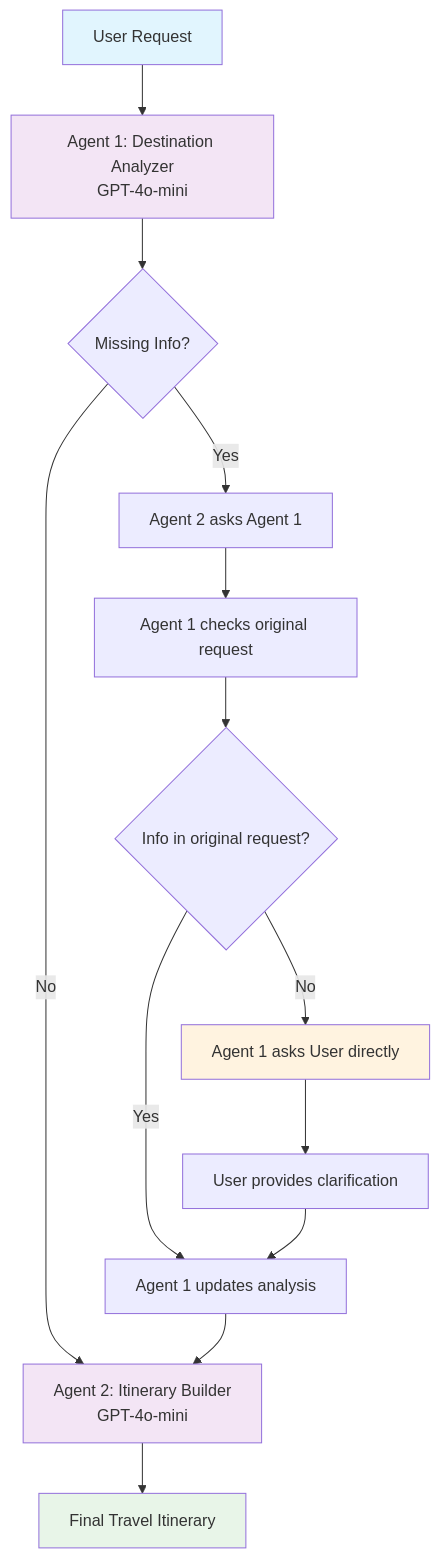
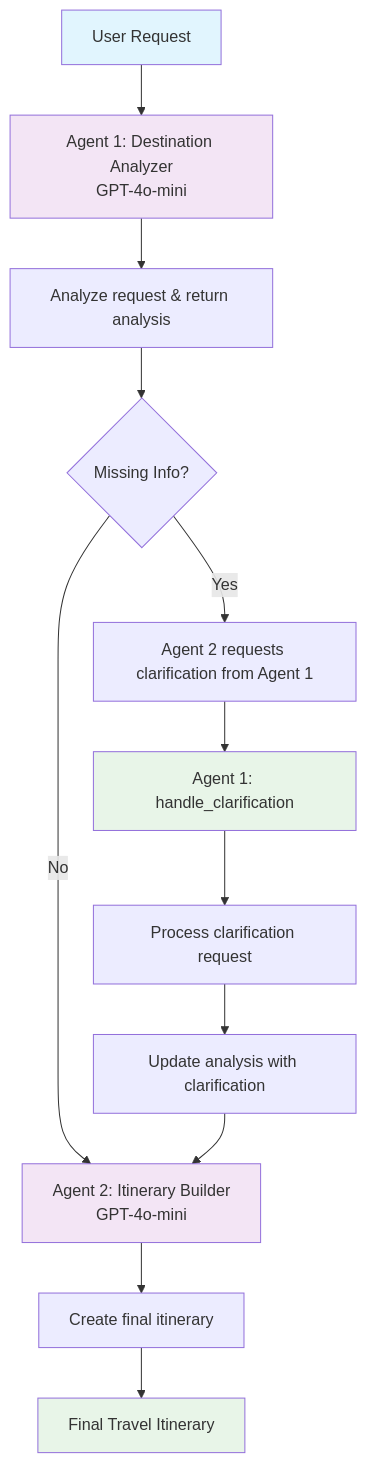
The second of 2 diagrams in README.md (iamask/multi-agent-travel-planner), drawn with Mermaid before and after one commit. The commit also changed other lines of this file and 1 other file, not shown here.

Commit message:
update agent logic

````diff
--- a/README.md
+++ b/README.md
@@ -99,21 +99,20 @@
 ```mermaid
 flowchart TD
     A[User Request] --> B[Agent 1: Destination Analyzer<br/>GPT-4o-mini]
-    B --> C{Missing Info?}
-    C -->|No| D[Agent 2: Itinerary Builder<br/>GPT-4o-mini]
-    C -->|Yes| E[Agent 2 asks Agent 1]
-    E --> F[Agent 1 checks original request]
-    F --> G{Info in original request?}
-    G -->|No| H[Agent 1 asks User directly]
-    G -->|Yes| I[Agent 1 updates analysis]
-    H --> J[User provides clarification]
-    J --> I
-    I --> D
-    D --> K[Final Travel Itinerary]
+    B --> C[Analyze request & return analysis]
+    C --> D{Missing Info?}
+    D -->|No| E[Agent 2: Itinerary Builder<br/>GPT-4o-mini]
+    D -->|Yes| F[Agent 2 requests clarification from Agent 1]
+    F --> G[Agent 1: handle_clarification]
+    G --> H[Process clarification request]
+    H --> I[Update analysis with clarification]
+    I --> E
+    E --> J[Create final itinerary]
+    J --> K[Final Travel Itinerary]
 
     style A fill:#e1f5fe
     style B fill:#f3e5f5
-    style D fill:#f3e5f5
-    style H fill:#fff3e0
+    style E fill:#f3e5f5
+    style G fill:#e8f5e8
     style K fill:#e8f5e8
 ```
````
